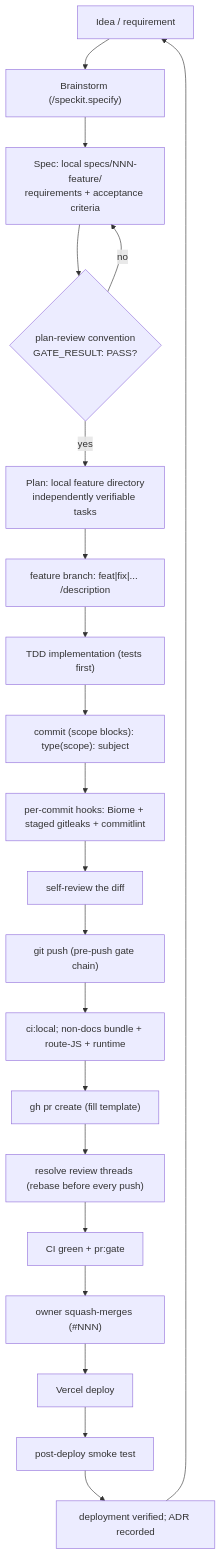
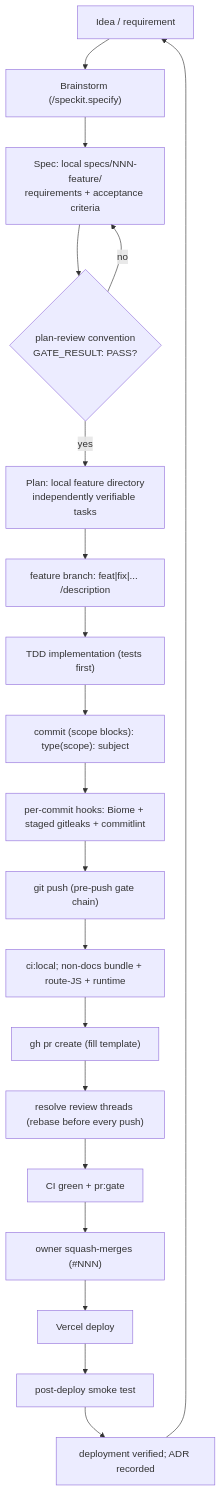
The first of 2 diagrams in docs/handbook/development-lifecycle.md (erikunha/portfolio), drawn with Mermaid before and after one commit. The commit also changed other lines of this file and 9 other files, not shown here.

Commit message:
docs(review): drop the pre-merge self-review rule from the repo docs

````diff
--- a/docs/handbook/development-lifecycle.md
+++ b/docs/handbook/development-lifecycle.md
@@ -7,23 +7,22 @@
 ```mermaid
 flowchart TD
     idea["Idea / requirement"] --> brainstorm["Brainstorm (/speckit.specify)"]
     brainstorm --> spec["Spec: local specs/NNN-feature/<br/>requirements + acceptance criteria"]
     spec --> agate{"plan-review convention<br/>GATE_RESULT: PASS?"}
     agate -->|no| spec
     agate -->|yes| plan["Plan: local feature directory<br/>independently verifiable tasks"]
     plan --> branch["feature branch: feat|fix|... /description"]
     branch --> tdd["TDD implementation (tests first)"]
     tdd --> commit["commit (scope blocks): type(scope): subject"]
     commit --> hooks["per-commit hooks: Biome + staged gitleaks + commitlint"]
-    hooks --> selfreview["self-review the diff"]
-    selfreview --> push["git push (pre-push gate chain)"]
+    hooks --> push["git push (pre-push gate chain)"]
     push --> readypr["ci:local; non-docs bundle + route-JS + runtime"]
     readypr --> pr["gh pr create (fill template)"]
     pr --> conv["resolve review threads (rebase before every push)"]
     conv --> readymerge["CI green + pr:gate"]
     readymerge --> merge["owner squash-merges (#NNN)"]
     merge --> deploy["Vercel deploy"]
     deploy --> smoke["post-deploy smoke test"]
     smoke --> adr["deployment verified; ADR recorded"]
     adr --> idea
 ```
````
